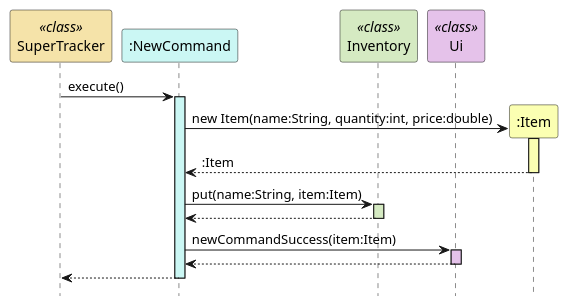
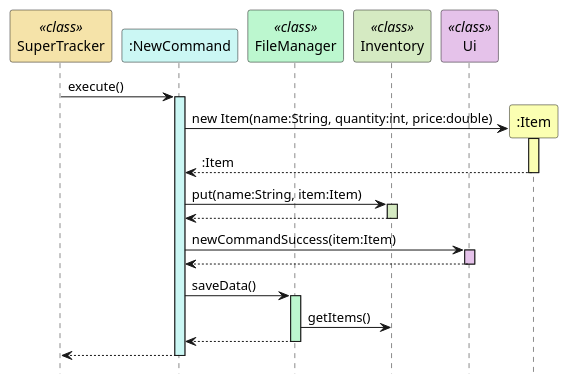
The second of 2 diagrams in docs/uml-diagrams/NewCommand.puml (nus-cs2113-AY2324S2/tp), drawn with PlantUML before and after one commit. The commit also changed other lines of this file and 10 other files, not shown here.

```diff
--- a/docs/uml-diagrams/NewCommand.puml
+++ b/docs/uml-diagrams/NewCommand.puml
@@ -50,29 +57,35 @@
 @startuml
 hide footbox
 participant "SuperTracker" as SuperTracker <<class>> #f5e3a9
 participant ":NewCommand" as NewCommand #cbf7f4
+participant "FileManager" as FileManager <<class>> #bcf7cf
 participant "Inventory" as Inventory <<class>> #d5eac2
 participant "Ui" as Ui <<class>> #e5c2ea
 participant ":Item" as Item #fbffb2
-
 SuperTracker -> NewCommand : execute()
 activate NewCommand #cbf7f4
 
 NewCommand -> Item ** : new Item(name:String, quantity:int, price:double)
 activate Item #fbffb2
 Item --> NewCommand : :Item
 deactivate Item
 
 NewCommand -> Inventory : put(name:String, item:Item)
 activate Inventory #d5eac2
 Inventory --> NewCommand
 deactivate Inventory
 
 NewCommand -> Ui : newCommandSuccess(item:Item)
 activate Ui #e5c2ea
 Ui --> NewCommand
 deactivate Ui
 
+NewCommand -> FileManager : saveData()
+activate FileManager #bcf7cf
+FileManager -> Inventory : getItems()
+FileManager --> NewCommand
+deactivate FileManager
+
 NewCommand --> SuperTracker
 deactivate NewCommand
 @enduml
```
